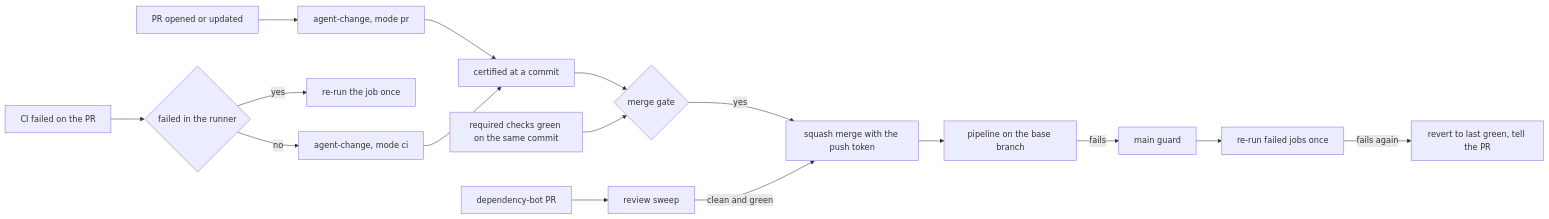
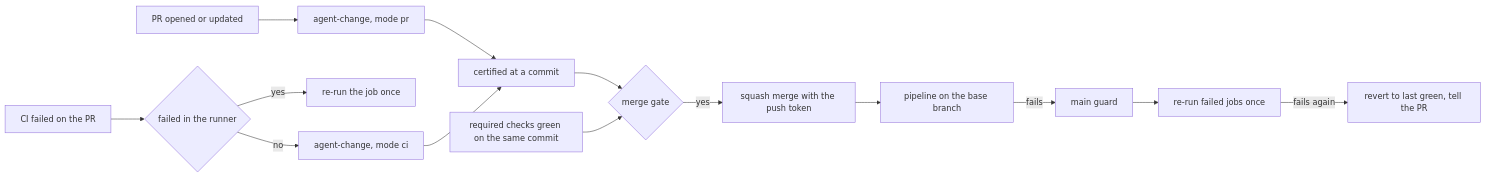
One commit to lorenzogirardi/ci-shared changed the second of 2 diagrams in docs/architecture.md. Above: the diagram before and after it, drawn with Mermaid. The commit also changed other lines of this file and 10 other files, not shown here.

First line of the commit message:
chore: delete the dependency sweep, the second engine (#70)

````diff
--- a/docs/architecture.md
+++ b/docs/architecture.md
@@ -267,18 +266,16 @@
 ```mermaid
 flowchart LR
     PR[PR opened or updated] --> AC[agent-change, mode pr]
     CIF[CI failed on the PR] --> INF{failed in the runner}
     INF -->|yes| RR[re-run the job once]
     INF -->|no| ACI[agent-change, mode ci]
     AC --> CERT[certified at a commit]
     ACI --> CERT
     CERT --> MG{merge gate}
     CI[required checks green on the same commit] --> MG
     MG -->|yes| MERGED[squash merge with the push token]
-    BOT[dependency-bot PR] --> SW[review sweep]
-    SW -->|clean and green| MERGED
     MERGED --> PIPE[pipeline on the base branch]
     PIPE -->|fails| GUARD[main guard]
     GUARD --> RERUN[re-run failed jobs once]
     RERUN -->|fails again| REVERT[revert to last green, tell the PR]
 ```
````
